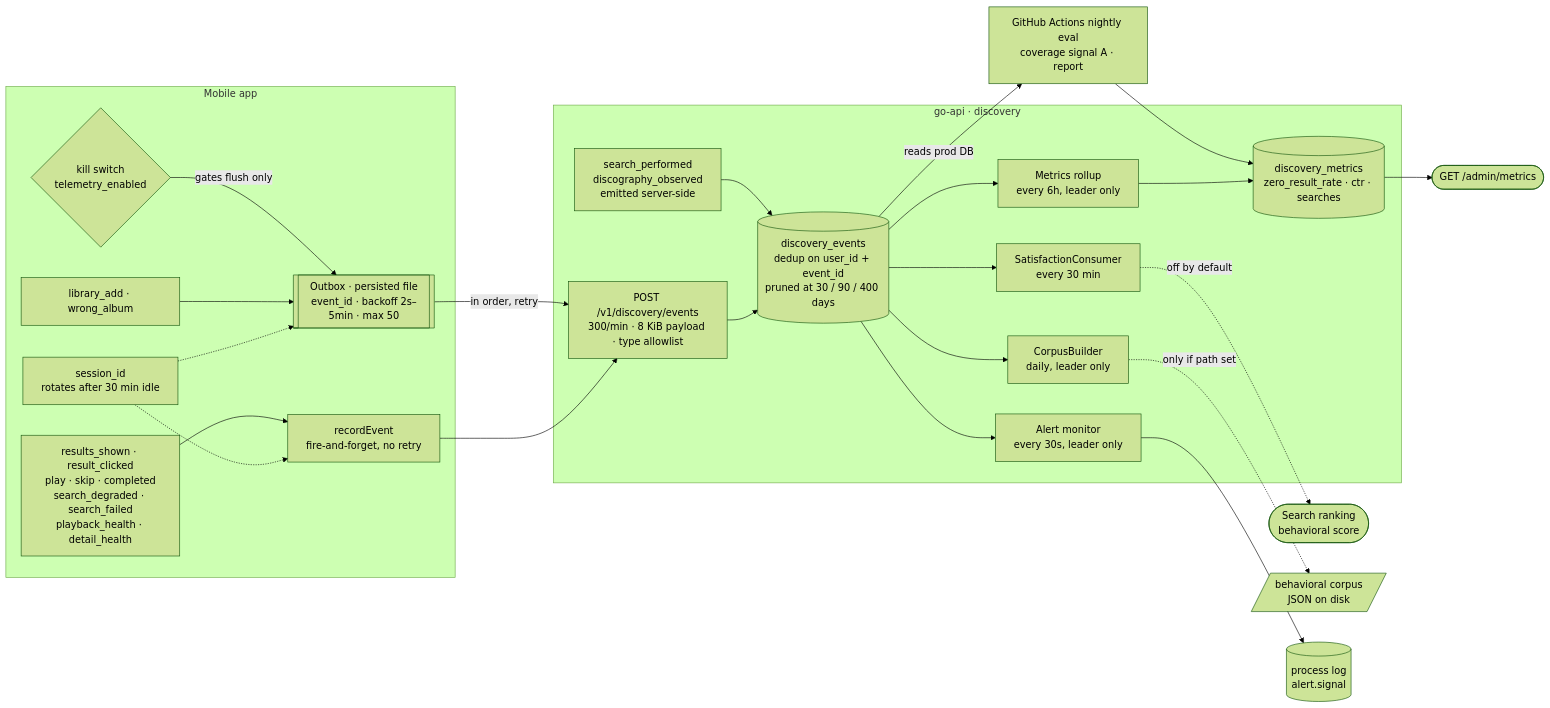
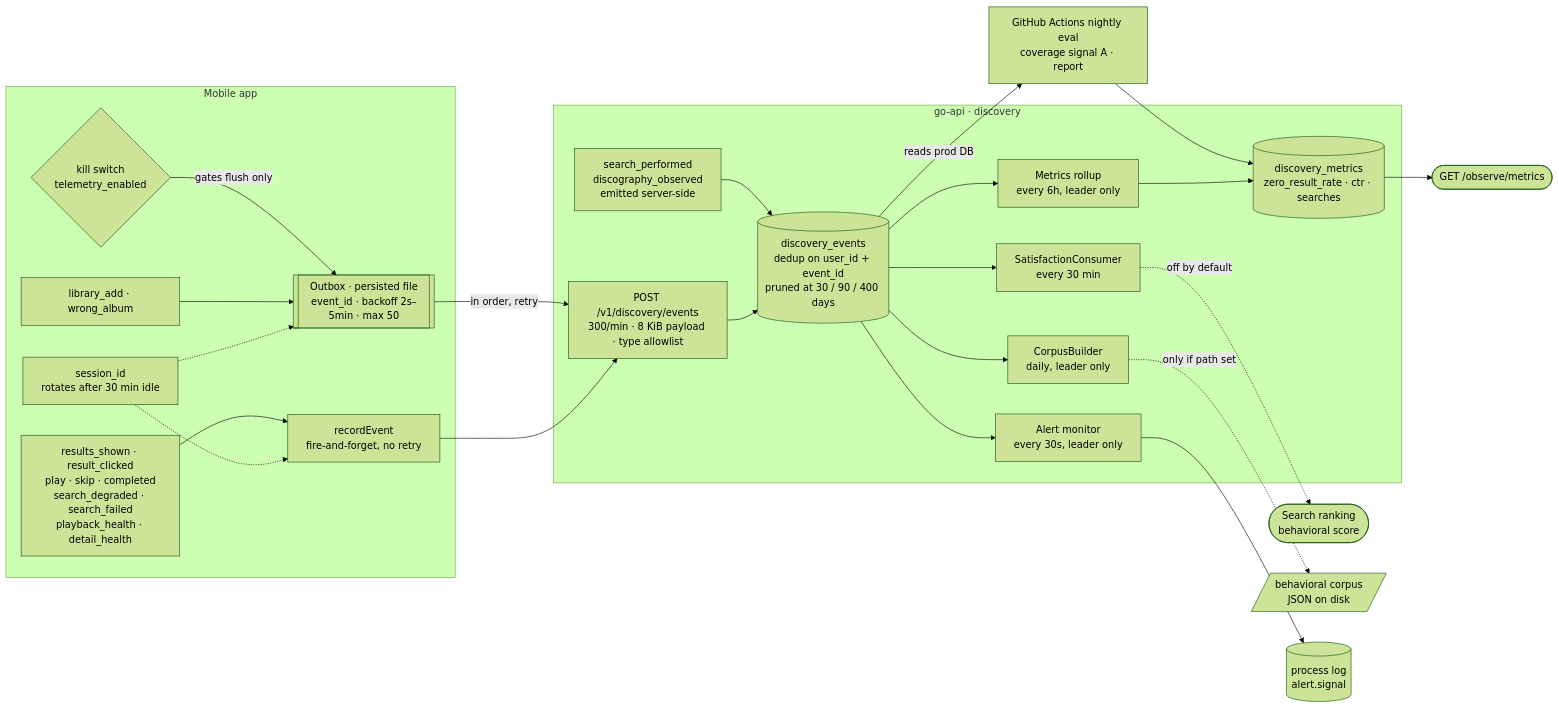
One commit to aleburrascano/altune changed the first of 2 diagrams in docs/diagrams/telemetry.md. Above: the diagram before and after it, drawn with Mermaid (forest theme). The commit also changed other lines of this file and 52 other files, not shown here.

````diff
--- a/docs/diagrams/telemetry.md
+++ b/docs/diagrams/telemetry.md
@@ -7,42 +7,42 @@
 ```mermaid
 flowchart LR
     subgraph app [Mobile app]
         emitters["results_shown · result_clicked<br/>play · skip · completed<br/>search_degraded · search_failed<br/>playback_health · detail_health"]
         critical["library_add · wrong_album"]
         session["session_id<br/>rotates after 30 min idle"]
         ff["recordEvent<br/>fire-and-forget, no retry"]
         outbox[["Outbox · persisted file<br/>event_id · backoff 2s–5min · max 50"]]
         ks{"kill switch<br/>telemetry_enabled"}
     end
 
     subgraph api [go-api · discovery]
         ingest["POST /v1/discovery/events<br/>300/min · 8 KiB payload · type allowlist"]
         server_emit["search_performed<br/>discography_observed<br/>emitted server-side"]
         events[("discovery_events<br/>dedup on user_id + event_id<br/>pruned at 30 / 90 / 400 days")]
         sat["SatisfactionConsumer<br/>every 30 min"]
         rollup["Metrics rollup<br/>every 6h, leader only"]
         corpus["CorpusBuilder<br/>daily, leader only"]
         alert["Alert monitor<br/>every 30s, leader only"]
         metrics[("discovery_metrics<br/>zero_result_rate · ctr · searches")]
     end
 
     ranking(["Search ranking<br/>behavioral score"])
     corpusfile[/"behavioral corpus<br/>JSON on disk"/]
-    adminm(["GET /admin/metrics"])
+    observem(["GET /observe/metrics"])
     logs[("process log<br/>alert.signal")]
     nightly["GitHub Actions nightly eval<br/>coverage signal A · report"]
 
     session -.-> ff & outbox
     emitters --> ff --> ingest
     critical --> outbox
     ks -->|gates flush only| outbox
     outbox -->|in order, retry| ingest
     ingest --> events
     server_emit --> events
     events --> sat -.->|off by default| ranking
-    events --> rollup --> metrics --> adminm
+    events --> rollup --> metrics --> observem
     events --> corpus -.->|only if path set| corpusfile
     events --> alert --> logs
     events -->|reads prod DB| nightly
     nightly --> metrics
 ```
````
